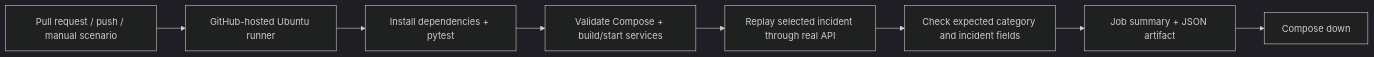
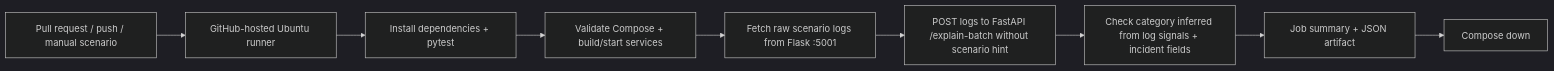
One commit to Addy48/llm-log-explainer changed the third of 3 diagrams in README.md. Above: the diagram before and after it, drawn with Mermaid (dark theme). The commit also changed other lines of this file and 3 other files, not shown here.

Commit message:
fix: validate incident categories from log content

````diff
--- a/README.md
+++ b/README.md
@@ -245,10 +245,11 @@
 ```mermaid
 flowchart LR
   Event[Pull request / push / manual scenario] --> Runner[GitHub-hosted Ubuntu runner]
   Runner --> Tests[Install dependencies + pytest]
   Tests --> Compose[Validate Compose + build/start services]
-  Compose --> Drill[Replay selected incident through real API]
-  Drill --> Validate[Check expected category and incident fields]
+  Compose --> Generate[Fetch raw scenario logs from Flask :5001]
+  Generate --> Drill[POST logs to FastAPI /explain-batch without scenario hint]
+  Drill --> Validate[Check category inferred from log signals + incident fields]
   Validate --> Summary[Job summary + JSON artifact]
   Summary --> Cleanup[Compose down]
 ```
````
